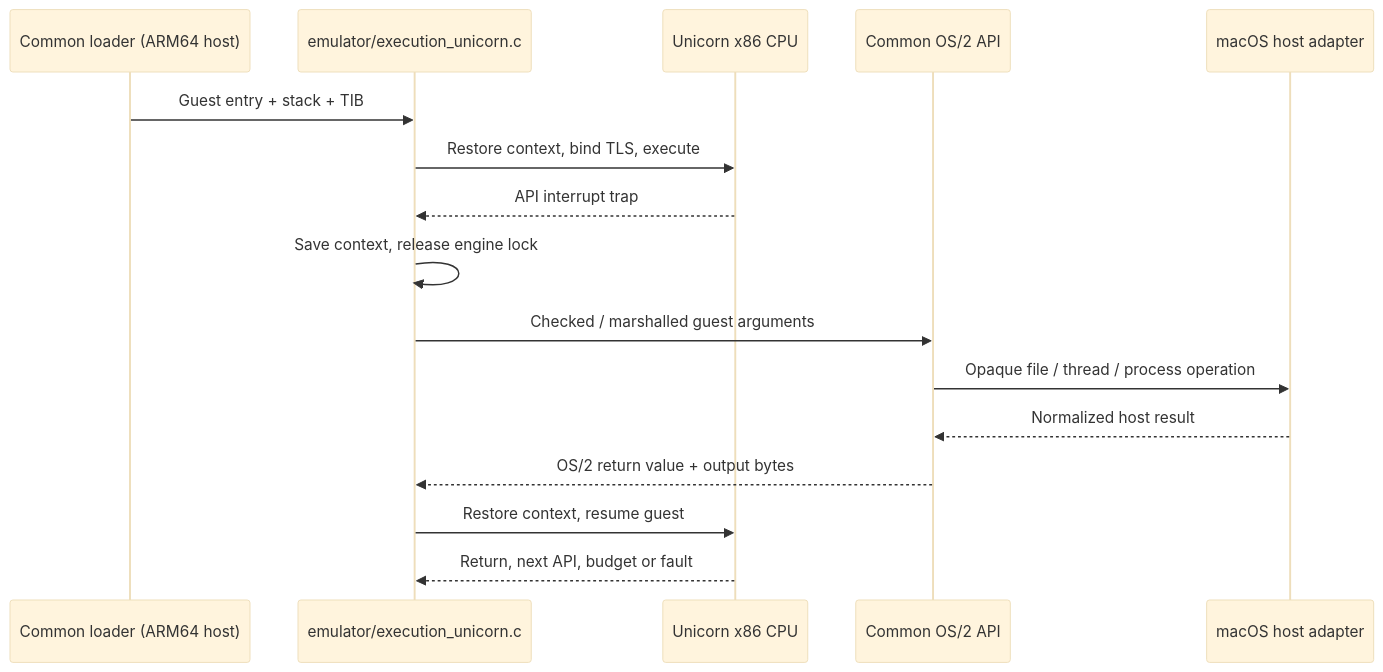
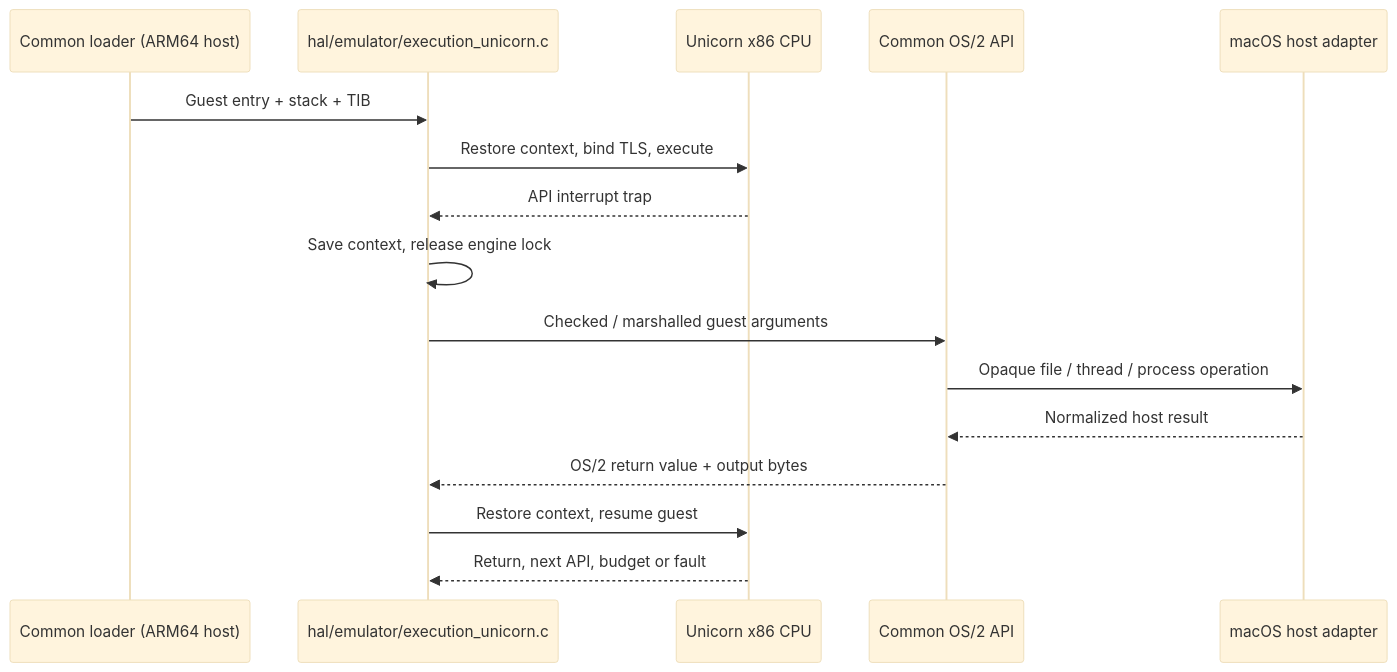
The fourth of 9 diagrams in docs/architecture.md (bitwisecook/2ine), drawn with Mermaid (base theme) before and after one commit. The commit also changed other lines of this file and 27 other files, not shown here.

Commit message:
Move execution backends and host support into HAL

````diff
--- a/docs/architecture.md
+++ b/docs/architecture.md
@@ -85,18 +91,18 @@
 ```mermaid
 sequenceDiagram
     participant Loader as Common loader (ARM64 host)
-    participant Exec as emulator/execution_unicorn.c
+    participant Exec as hal/emulator/execution_unicorn.c
     participant CPU as Unicorn x86 CPU
     participant API as Common OS/2 API
     participant Host as macOS host adapter
     Loader->>Exec: Guest entry + stack + TIB
     Exec->>CPU: Restore context, bind TLS, execute
     CPU-->>Exec: API interrupt trap
     Exec->>Exec: Save context, release engine lock
     Exec->>API: Checked / marshalled guest arguments
     API->>Host: Opaque file / thread / process operation
     Host-->>API: Normalized host result
     API-->>Exec: OS/2 return value + output bytes
     Exec->>CPU: Restore context, resume guest
     CPU-->>Exec: Return, next API, budget or fault
 ```
````
